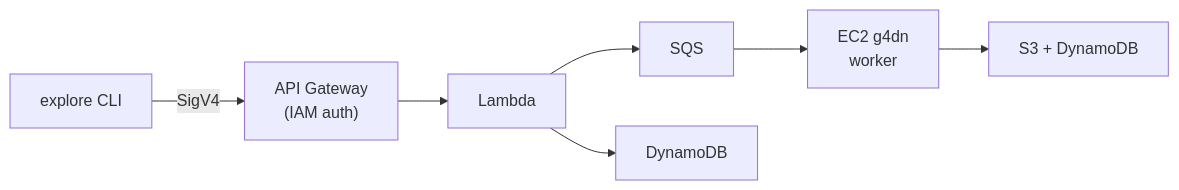
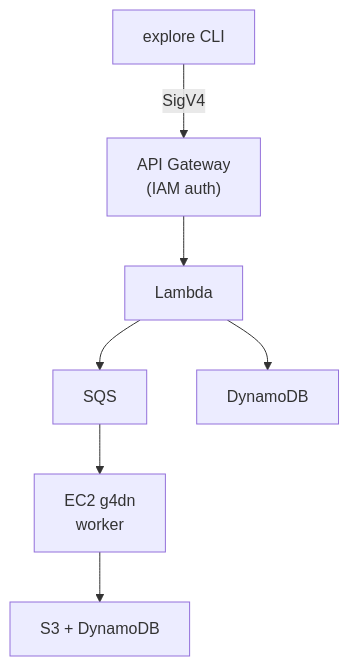
One commit to caverac/topology-streams changed the diagram in README.md. Above: the diagram before and after it, drawn with Mermaid. The commit also changed 3 other files, not shown here.

````diff
--- a/README.md
+++ b/README.md
@@ -20,14 +20,14 @@
 ```mermaid
-flowchart LR
+flowchart TB
     CLI["explore CLI"]
     APIGW["API Gateway\n(IAM auth)"]
     Lambda
     SQS
     EC2["EC2 g4dn\nworker"]
     DDB["DynamoDB"]
     S3["S3 + DynamoDB"]
 
     CLI -->|SigV4| APIGW --> Lambda --> SQS --> EC2
     Lambda --> DDB
     EC2 --> S3
 ```
````
